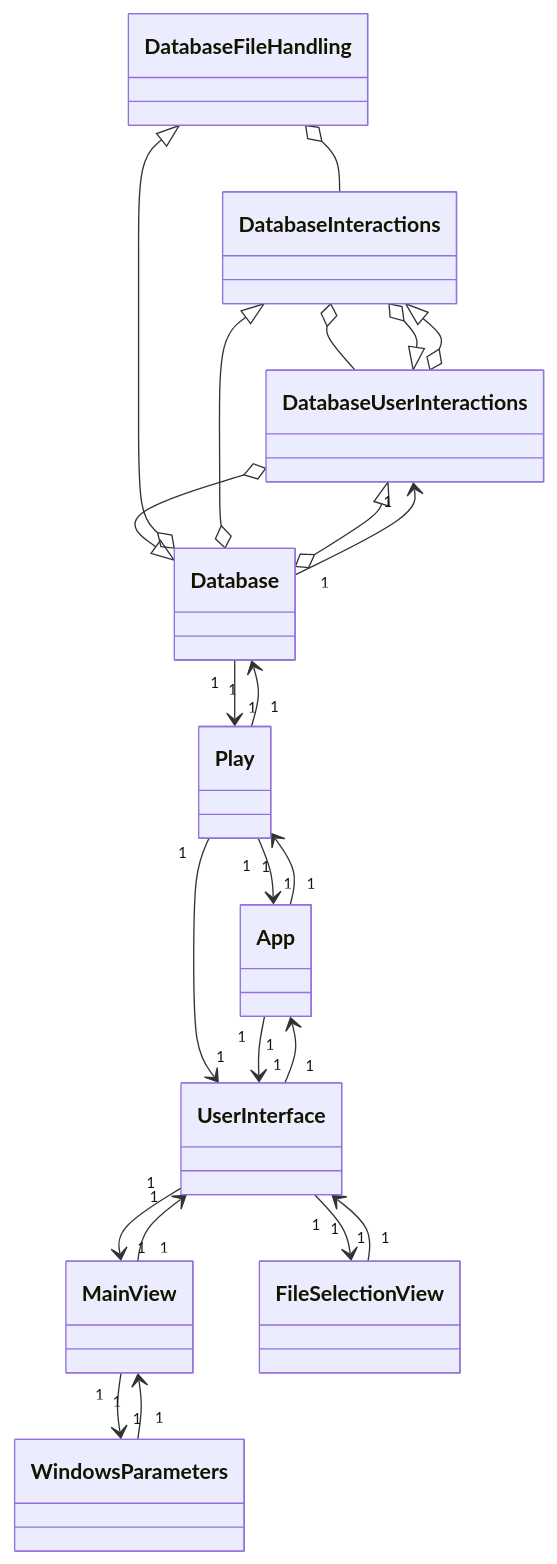
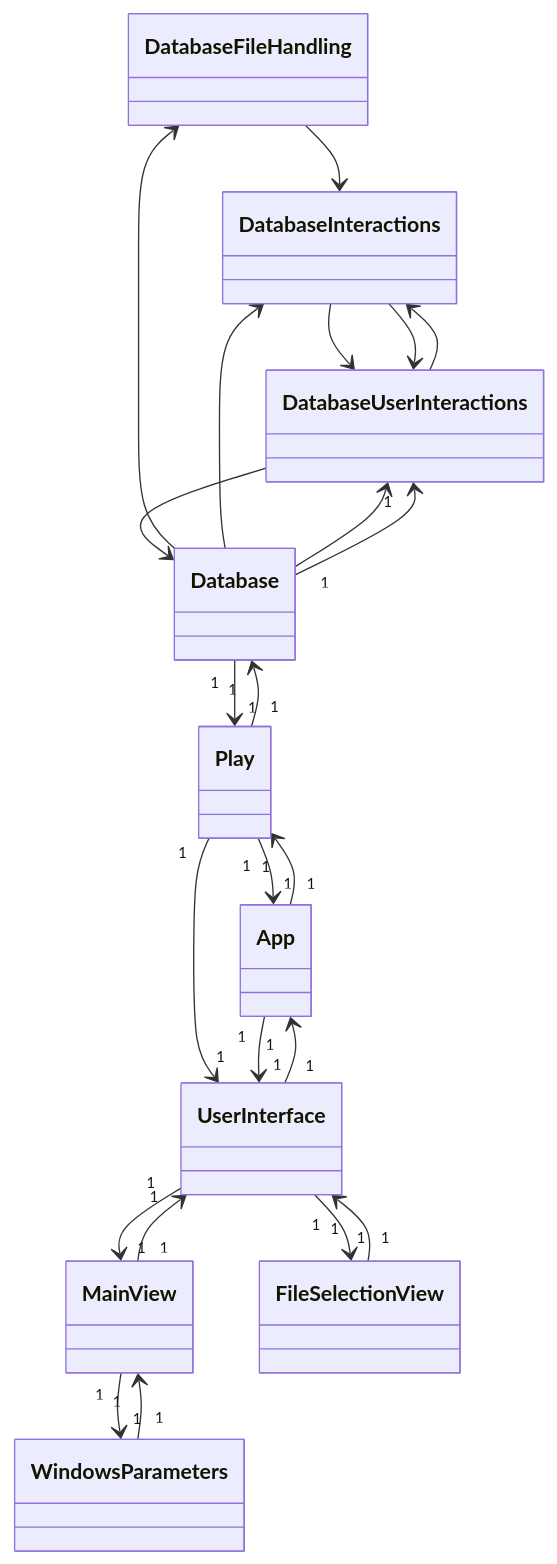
The diagram in dokumentaatio/luokkakaavio_v2.MD (platipus82/ot-harjoitustyo), drawn with Mermaid before and after one commit.

````diff
--- a/dokumentaatio/luokkakaavio_v2.MD
+++ b/dokumentaatio/luokkakaavio_v2.MD
@@ -1,50 +1,50 @@
 ```mermaid
 classDiagram
     class DatabaseFileHandling{
     }
     class DatabaseInteractions{
     }
     class DatabaseUserInteractions{
     }
     class Database{
     }
     class App{
     }
     class Play{
     }
     class UserInterface{
     }
     class MainView{
     }  
     class FileSelectionView{
     }   
     class WindowsParameters{
     }   
     class DatabaseUserInteractions{
     }   
 
 
-    DatabaseFileHandling o-- DatabaseInteractions
-    DatabaseInteractions o-- DatabaseUserInteractions
-    Database o--|> DatabaseFileHandling
-    Database o--|> DatabaseInteractions
-    Database o--|> DatabaseUserInteractions
-    DatabaseInteractions o--|> DatabaseUserInteractions
-    DatabaseUserInteractions o--|> DatabaseInteractions
-    DatabaseUserInteractions o--|> Database
+    DatabaseFileHandling --> DatabaseInteractions
+    DatabaseInteractions --> DatabaseUserInteractions
+    Database --> DatabaseFileHandling
+    Database --> DatabaseInteractions
+    Database --> DatabaseUserInteractions
+    DatabaseInteractions --> DatabaseUserInteractions
+    DatabaseUserInteractions --> DatabaseInteractions
+    DatabaseUserInteractions --> Database
 
     Play "1" --> "1" Database 
     Database "1" --> "1" Play
     Database "1" --> "1" DatabaseUserInteractions
     Play "1" --> "1" App 
     Play "1" --> "1" UserInterface 
     App "1" --> "1" UserInterface
     App "1" --> "1" Play
     UserInterface "1" --> "1" App
     UserInterface "1" --> "1" MainView
     WindowsParameters "1" --> "1" MainView
     MainView "1" --> "1" WindowsParameters
     UserInterface "1" --> "1" FileSelectionView
     FileSelectionView "1" --> "1" UserInterface
     MainView "1" --> "1" UserInterface
 ```
````
